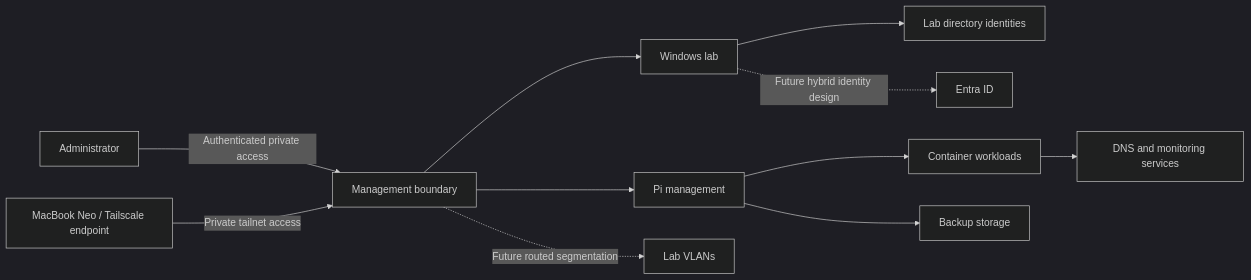
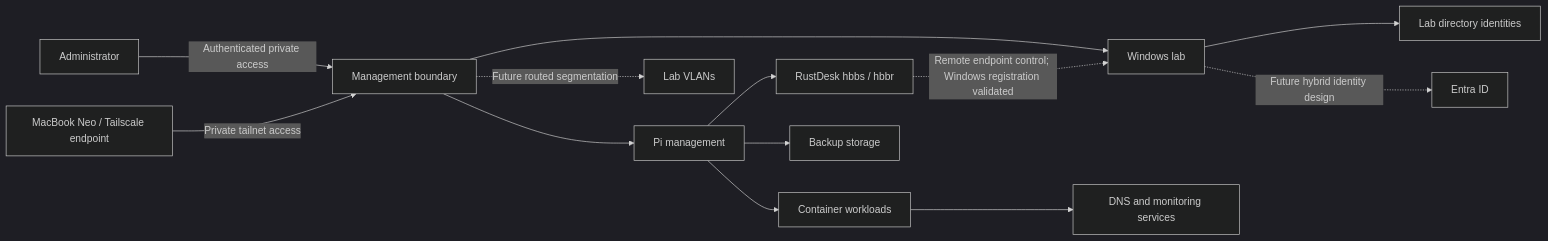
Before and after one commit to localhostjohn/astra-infrastructure-lab: the diagram in docs/architecture.md, drawn with Mermaid (dark theme). The commit also changed other lines of this file, not shown here.

Commit message:
docs: add RustDesk to Astra reference architecture

````diff
--- a/docs/architecture.md
+++ b/docs/architecture.md
@@ -35,13 +37,15 @@
 ```mermaid
 flowchart LR
     U[Administrator] -->|Authenticated private access| M[Management boundary]
     N[MacBook Neo / Tailscale endpoint] -->|Private tailnet access| M
     M --> W[Windows lab]
     M --> P[Pi management]
     W --> I[Lab directory identities]
     P --> C[Container workloads]
     C --> D[DNS and monitoring services]
+    P --> RDE[RustDesk hbbs / hbbr]
+    RDE -. Remote endpoint control; Windows registration validated .-> W
     P --> R[Backup storage]
     W -. Future hybrid identity design .-> E[Entra ID]
     M -. Future routed segmentation .-> V[Lab VLANs]
 ```
````
